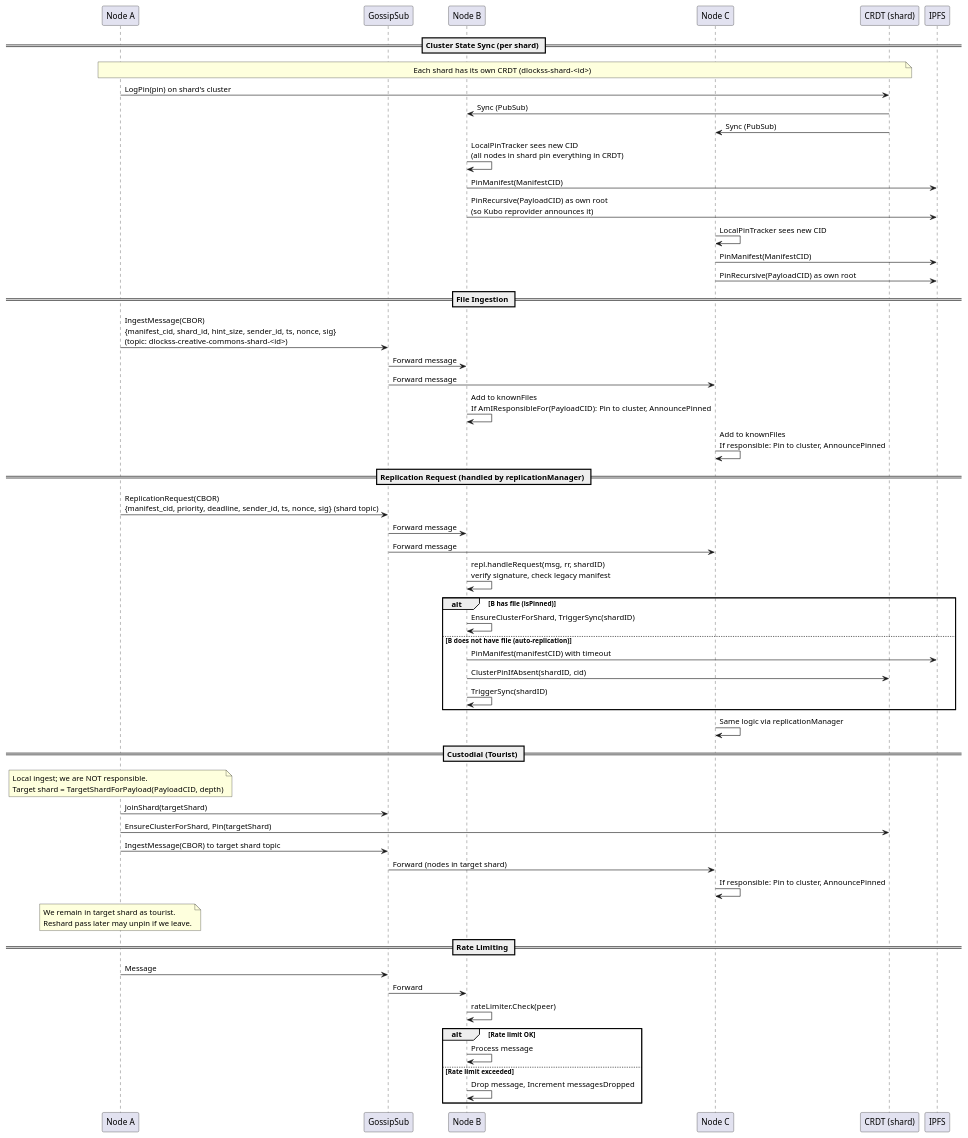
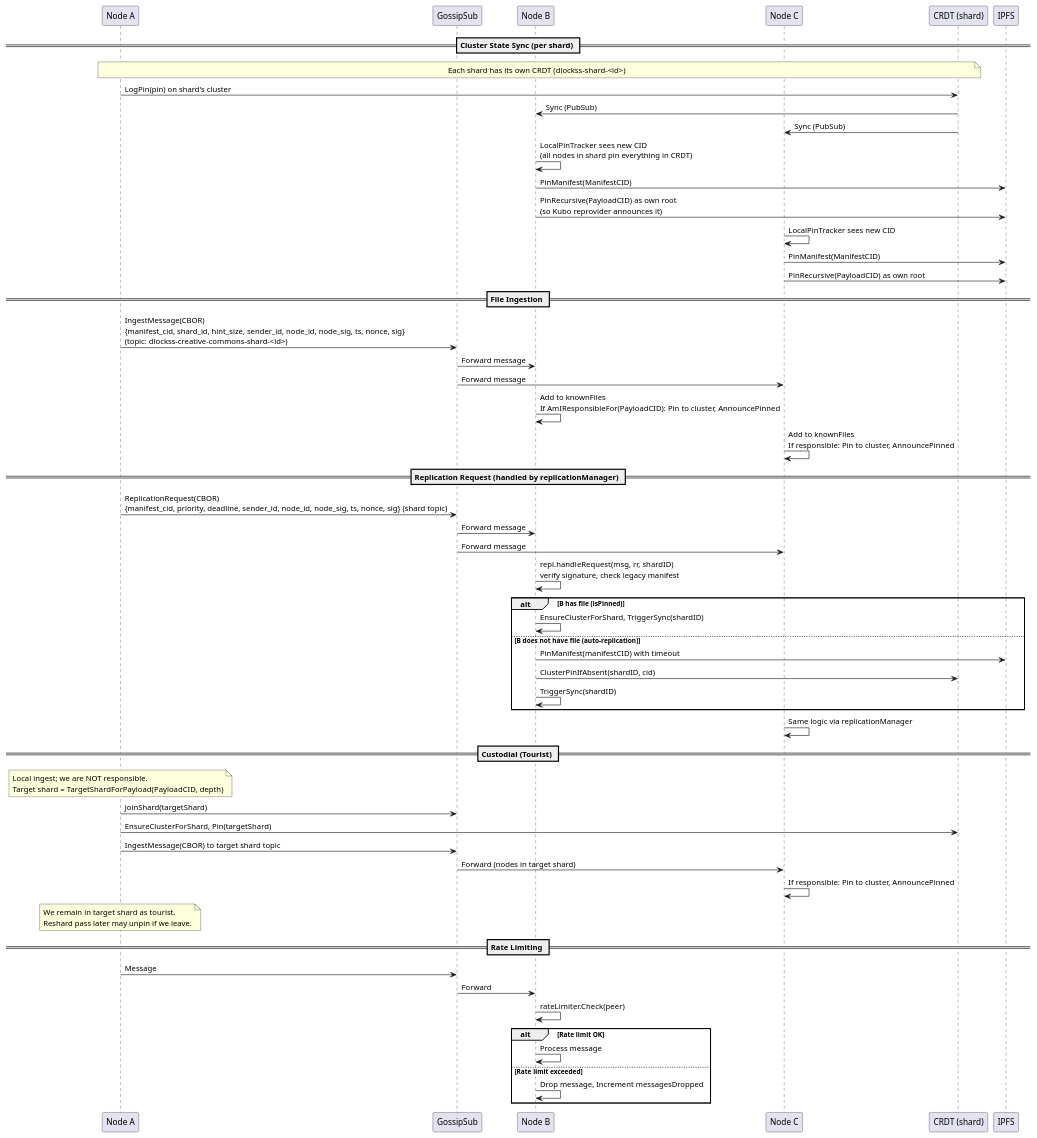
The diagram in docs/message_flow.puml (gipplab/D-LOCKSS), drawn with PlantUML before and after one commit. The commit also changed 55 other files, not shown here.

First line of the commit message:
Run D-LOCKSS with its own key, bound to the Kubo node ID. The pubsub prefix moves to dlockss-v0.0.4.

```diff
--- a/docs/message_flow.puml
+++ b/docs/message_flow.puml
@@ -1,62 +1,62 @@
 @startuml Message Flow Diagram
 
 participant "Node A" as A
 participant "GossipSub" as GS
 participant "Node B" as B
 participant "Node C" as C
 participant "CRDT (shard)" as CRDT
 participant "IPFS" as IPFS
 
 == Cluster State Sync (per shard) ==
 note over A, CRDT: Each shard has its own CRDT (dlockss-shard-<id>)
 A -> CRDT: LogPin(pin) on shard's cluster
 CRDT -> B: Sync (PubSub)
 CRDT -> C: Sync (PubSub)
 B -> B: LocalPinTracker sees new CID\n(all nodes in shard pin everything in CRDT)
 B -> IPFS: PinManifest(ManifestCID)
 B -> IPFS: PinRecursive(PayloadCID) as own root\n(so Kubo reprovider announces it)
 C -> C: LocalPinTracker sees new CID
 C -> IPFS: PinManifest(ManifestCID)
 C -> IPFS: PinRecursive(PayloadCID) as own root
 
 == File Ingestion ==
-A -> GS: IngestMessage(CBOR)\n{manifest_cid, shard_id, hint_size, sender_id, ts, nonce, sig}\n(topic: dlockss-creative-commons-shard-<id>)
+A -> GS: IngestMessage(CBOR)\n{manifest_cid, shard_id, hint_size, sender_id, node_id, node_sig, ts, nonce, sig}\n(topic: dlockss-creative-commons-shard-<id>)
 GS -> B: Forward message
 GS -> C: Forward message
 B -> B: Add to knownFiles\nIf AmIResponsibleFor(PayloadCID): Pin to cluster, AnnouncePinned
 C -> C: Add to knownFiles\nIf responsible: Pin to cluster, AnnouncePinned
 
 == Replication Request (handled by replicationManager) ==
-A -> GS: ReplicationRequest(CBOR)\n{manifest_cid, priority, deadline, sender_id, ts, nonce, sig} (shard topic)
+A -> GS: ReplicationRequest(CBOR)\n{manifest_cid, priority, deadline, sender_id, node_id, node_sig, ts, nonce, sig} (shard topic)
 GS -> B: Forward message
 GS -> C: Forward message
 B -> B: repl.handleRequest(msg, rr, shardID)\nverify signature, check legacy manifest
 alt B has file (isPinned)
     B -> B: EnsureClusterForShard, TriggerSync(shardID)
 else B does not have file (auto-replication)
     B -> IPFS: PinManifest(manifestCID) with timeout
     B -> CRDT: ClusterPinIfAbsent(shardID, cid)
     B -> B: TriggerSync(shardID)
 end
 C -> C: Same logic via replicationManager
 
 == Custodial (Tourist) ==
 note over A: Local ingest; we are NOT responsible.\nTarget shard = TargetShardForPayload(PayloadCID, depth)
 A -> GS: JoinShard(targetShard)
 A -> CRDT: EnsureClusterForShard, Pin(targetShard)
 A -> GS: IngestMessage(CBOR) to target shard topic
 GS -> C: Forward (nodes in target shard)
 C -> C: If responsible: Pin to cluster, AnnouncePinned
 note over A: We remain in target shard as tourist.\nReshard pass later may unpin if we leave.
 
 == Rate Limiting ==
 A -> GS: Message
 GS -> B: Forward
 B -> B: rateLimiter.Check(peer)
 alt Rate limit OK
     B -> B: Process message
 else Rate limit exceeded
     B -> B: Drop message, Increment messagesDropped
 end
 
 @enduml
```
